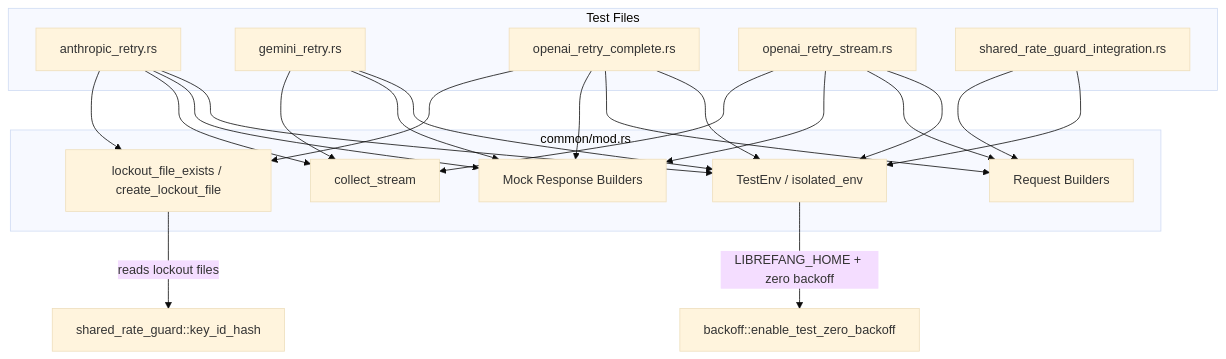
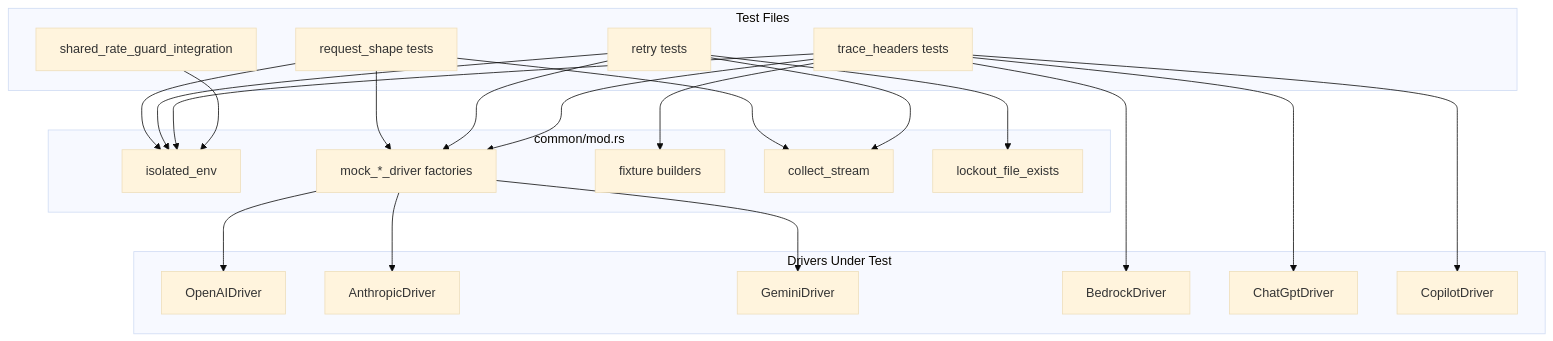
The diagram in other-librefang-llm-drivers-tests.md (leszek3737/librefang-WIki), drawn with Mermaid (base theme) before and after one commit. The commit also changed other lines of this file and 100 other files, not shown here.

````diff
--- a/other-librefang-llm-drivers-tests.md
+++ b/other-librefang-llm-drivers-tests.md
@@ -9,39 +9,44 @@
 ```mermaid
 graph TD
     subgraph "Test Files"
-        A[anthropic_retry.rs]
-        G[gemini_retry.rs]
-        OC[openai_retry_complete.rs]
-        OS[openai_retry_stream.rs]
-        SG[shared_rate_guard_integration.rs]
+        RS[request_shape tests]
+        RT[retry tests]
+        TH[trace_headers tests]
+        SG[shared_rate_guard_integration]
     end
 
     subgraph "common/mod.rs"
-        TE[TestEnv / isolated_env]
-        RB[Request Builders]
-        MB[Mock Response Builders]
+        IE[isolated_env]
+        MD[mock_*_driver factories]
+        FB[fixture builders]
         CS[collect_stream]
-        LF[lockout_file_exists / create_lockout_file]
+        LK[lockout_file_exists]
     end
 
-    A --> TE
-    A --> MB
-    A --> CS
-    A --> LF
-    G --> TE
-    G --> MB
-    G --> CS
-    OC --> TE
-    OC --> RB
-    OC --> MB
-    OC --> LF
-    OS --> TE
-    OS --> RB
-    OS --> MB
-    OS --> CS
-    SG --> TE
-    SG --> RB
+    subgraph "Drivers Under Test"
+        OA[OpenAIDriver]
+        AD[AnthropicDriver]
+        GD[GeminiDriver]
+        BD[BedrockDriver]
+        CG[ChatGptDriver]
+        CD[CopilotDriver]
+    end
 
-    TE -->|LIBREFANG_HOME + zero backoff| B[backoff::enable_test_zero_backoff]
-    LF -->|reads lockout files| SRG[shared_rate_guard::key_id_hash]
+    RS --> IE
+    RT --> IE
+    TH --> IE
+    SG --> IE
+    RS --> MD
+    RT --> MD
+    TH --> MD
+    RS --> CS
+    RT --> CS
+    TH --> FB
+    RT --> LK
+    MD --> OA
+    MD --> AD
+    MD --> GD
+    TH --> BD
+    TH --> CG
+    TH --> CD
 ```
````
